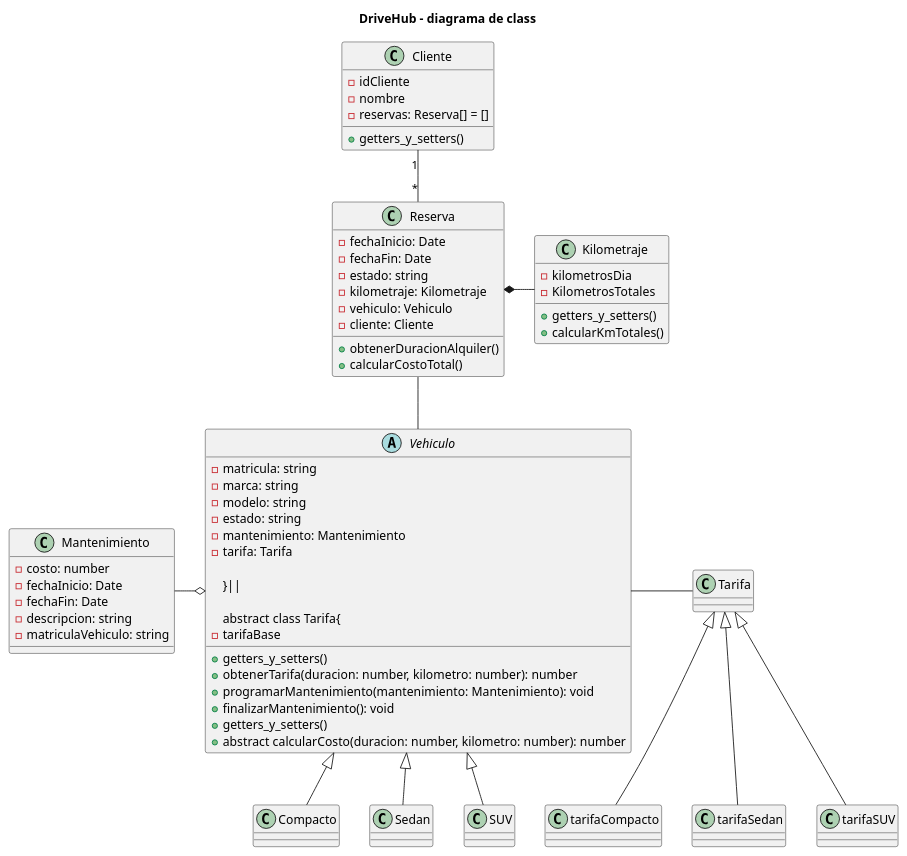
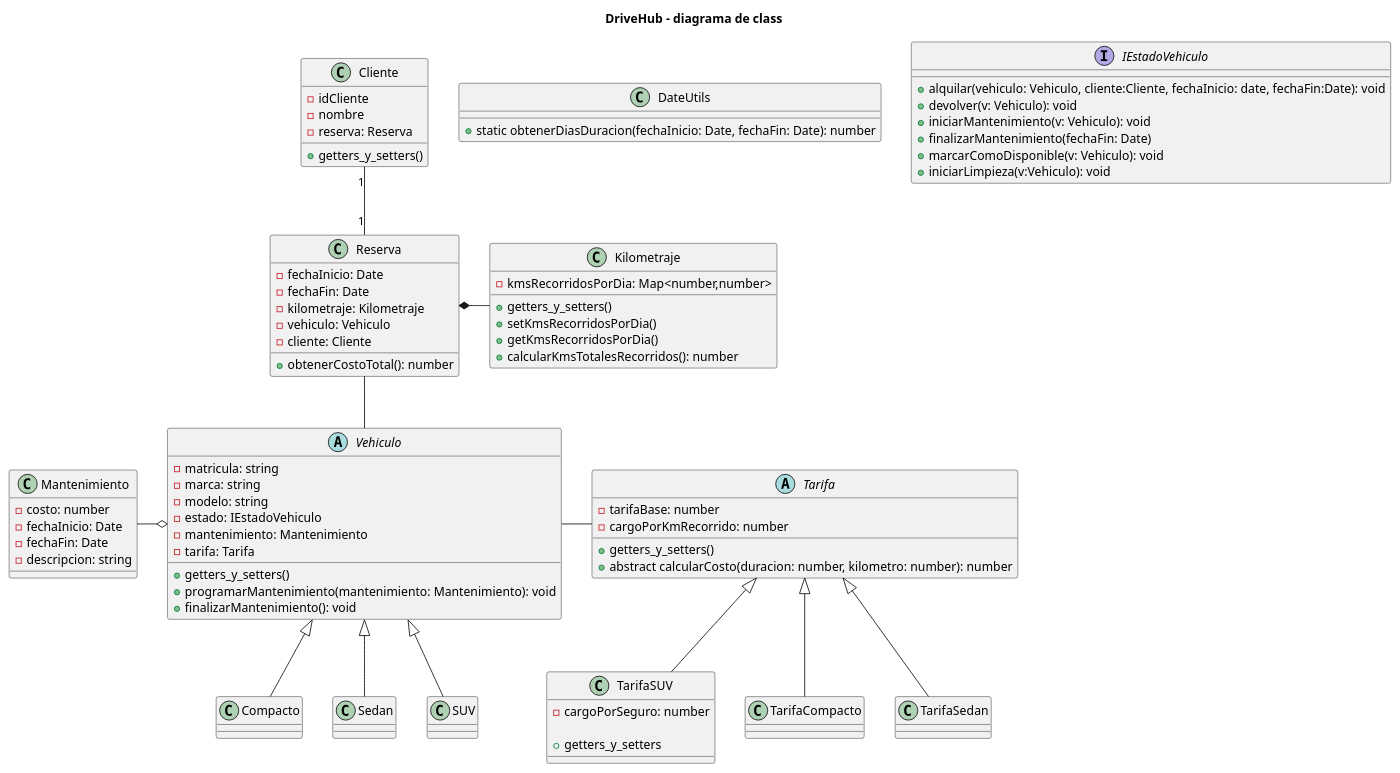
One commit to begueagustinhernan/tp-prog2-pruebas changed the diagram in diagramaDeClases/diagrama.puml. Above: the diagram before and after it, drawn with PlantUML.

Commit message:
modificacion diagrama

```diff
--- a/diagramaDeClases/diagrama.puml
+++ b/diagramaDeClases/diagrama.puml
@@ -1,78 +1,98 @@
-@startuml
+@startuml 
 
 title DriveHub - diagrama de class
 
 abstract class Vehiculo {
     - matricula: string
     - marca: string
     - modelo: string
-    - estado: string
+    - estado: IEstadoVehiculo
     - mantenimiento: Mantenimiento
     - tarifa: Tarifa
     + getters_y_setters()
-    + obtenerTarifa(duracion: number, kilometro: number): number
     + programarMantenimiento(mantenimiento: Mantenimiento): void
     + finalizarMantenimiento(): void
-    
-}||
+
+}
 
 abstract class Tarifa{
-    - tarifaBase
+    - tarifaBase: number
+    - cargoPorKmRecorrido: number
     + getters_y_setters()
     + abstract calcularCosto(duracion: number, kilometro: number): number
+}
+
+class TarifaSUV extends Tarifa {
+    - cargoPorSeguro: number
+
+    + getters_y_setters
 }
 
 
 class Cliente {
     - idCliente
     - nombre
-    - reservas: Reserva[] = []
+    - reserva: Reserva
     + getters_y_setters()
 }
 
 class Kilometraje{
-    -kilometrosDia
-    -KilometrosTotales
+    -kmsRecorridosPorDia: Map<number,number>
+
     + getters_y_setters()
-    + calcularKmTotales()
+    + setKmsRecorridosPorDia()
+    + getKmsRecorridosPorDia()
+    + calcularKmsTotalesRecorridos(): number
 }
 
 class Mantenimiento{
     - costo: number
     - fechaInicio: Date
     - fechaFin: Date
     - descripcion: string
-    - matriculaVehiculo: string
 }
 
 class Reserva{
     - fechaInicio: Date
     - fechaFin: Date
-    - estado: string
     - kilometraje: Kilometraje
     - vehiculo: Vehiculo
     - cliente: Cliente
-    + obtenerDuracionAlquiler()
-    + calcularCostoTotal()
+    + obtenerCostoTotal(): number
+}
+
+class DateUtils {
+    + static obtenerDiasDuracion(fechaInicio: Date, fechaFin: Date): number
+}
+
+' Ver COMO IMPLEMENTAR
+' porque tiene que haber una clase para CADA estado, que implemente
+' y sobreescriba los metodos de la interfaz
+interface IEstadoVehiculo {
+    + alquilar(vehiculo: Vehiculo, cliente:Cliente, fechaInicio: date, fechaFin:Date): void
+    + devolver(v: Vehiculo): void
+    + iniciarMantenimiento(v: Vehiculo): void
+    + finalizarMantenimiento(fechaFin: Date)
+    + marcarComoDisponible(v: Vehiculo): void
+    + iniciarLimpieza(v:Vehiculo): void
 }
 
 ' Relaciones
 
 Vehiculo <|-d- Compacto
 Vehiculo <|-d- Sedan
 Vehiculo <|-d- SUV
 
-Tarifa <|-d- tarifaCompacto 
-Tarifa <|-d- tarifaSedan
-Tarifa <|-d- tarifaSUV
+Tarifa <|-d- TarifaCompacto
+Tarifa <|-d- TarifaSedan
 
 Vehiculo -r- Tarifa
 Vehiculo o-l- Mantenimiento
 
 Reserva -- Vehiculo
 Reserva *-r- Kilometraje
 
-Cliente "1" -- "*" Reserva 
+Cliente "1" -- "1" Reserva
 ' bidireccional
 
 @enduml
```
